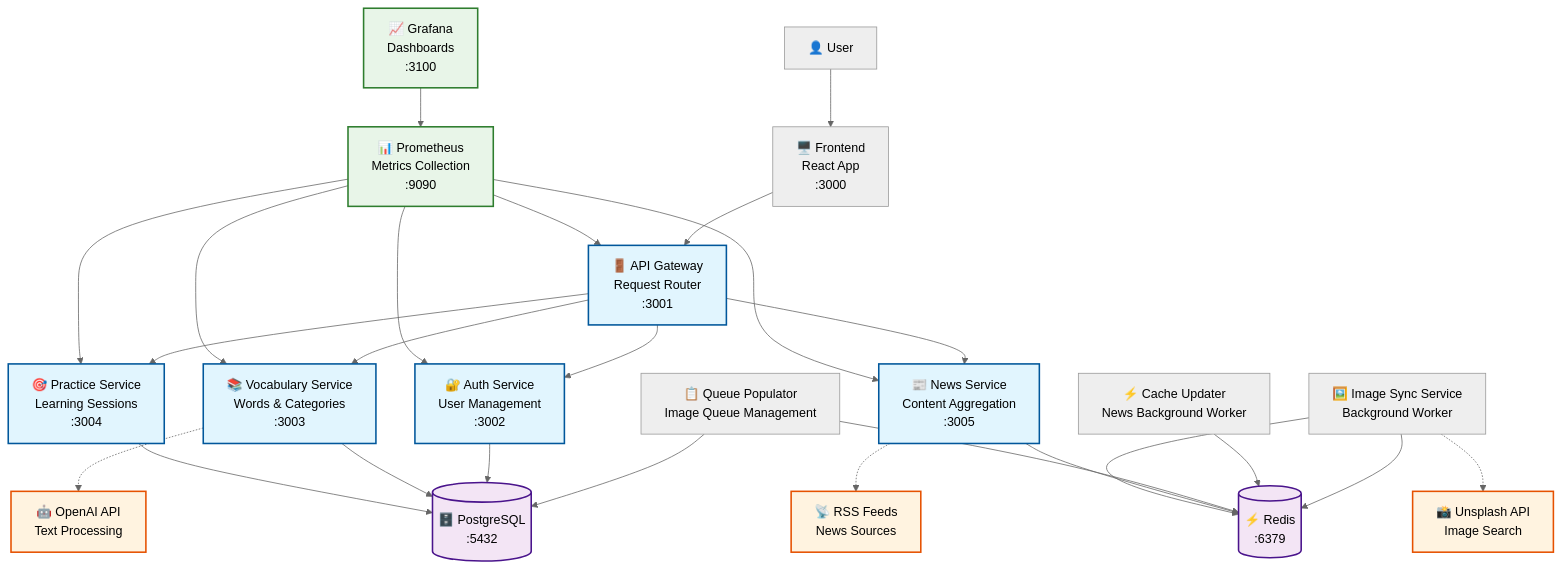
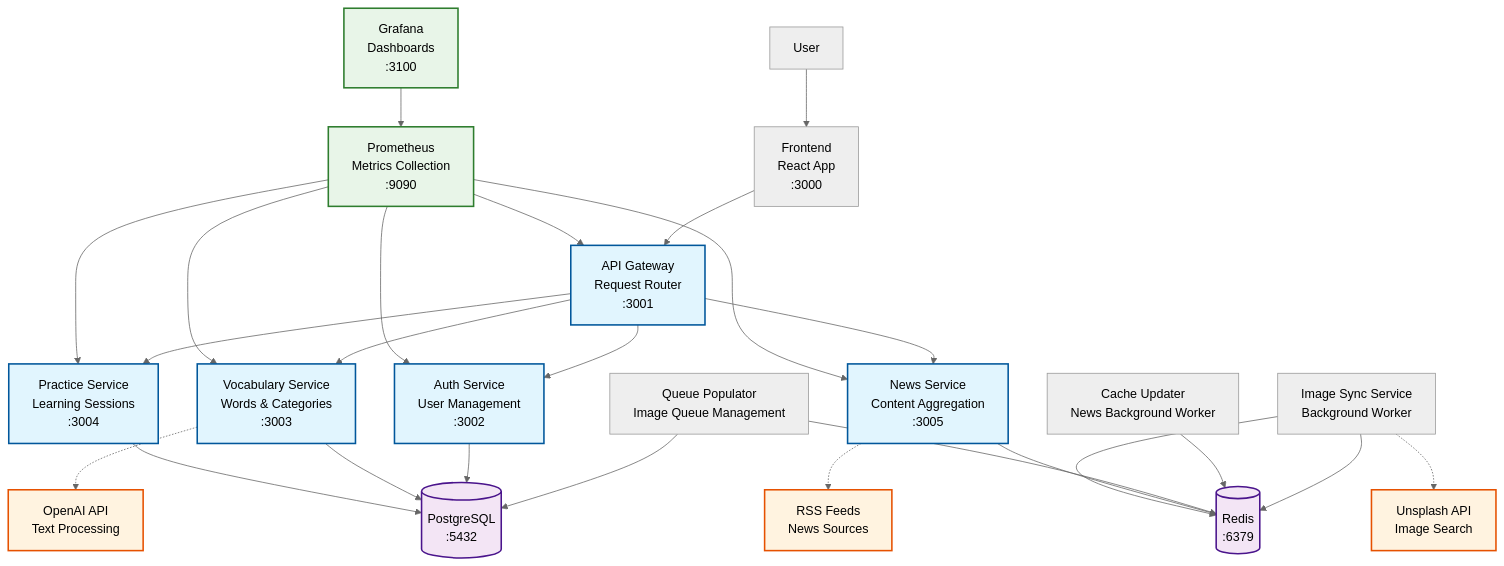
Before and after one commit to ansromanov/recnik: the first of 4 diagrams in docs/architecture.md, drawn with Mermaid (neutral theme). The commit also changed 1 other file, not shown here.

````diff
--- a/docs/architecture.md
+++ b/docs/architecture.md
@@ -18,52 +18,52 @@
 ```mermaid
 graph TB
     %% User Interface
-    User[👤 User] --> Frontend[🖥️ Frontend<br/>React App<br/>:3000]
+    User[User] --> Frontend[Frontend<br/>React App<br/>:3000]
 
     %% API Gateway
-    Frontend --> Gateway[🚪 API Gateway<br/>Request Router<br/>:3001]
+    Frontend --> Gateway[API Gateway<br/>Request Router<br/>:3001]
 
     %% Core Microservices
-    Gateway --> Auth[🔐 Auth Service<br/>User Management<br/>:3002]
-    Gateway --> Vocab[📚 Vocabulary Service<br/>Words & Categories<br/>:3003]
-    Gateway --> Practice[🎯 Practice Service<br/>Learning Sessions<br/>:3004]
-    Gateway --> News[📰 News Service<br/>Content Aggregation<br/>:3005]
+    Gateway --> Auth[Auth Service<br/>User Management<br/>:3002]
+    Gateway --> Vocab[Vocabulary Service<br/>Words & Categories<br/>:3003]
+    Gateway --> Practice[Practice Service<br/>Learning Sessions<br/>:3004]
+    Gateway --> News[News Service<br/>Content Aggregation<br/>:3005]
 
     %% Background Services
-    ImageSync[🖼️ Image Sync Service<br/>Background Worker] --> Redis
-    CacheUpdater[⚡ Cache Updater<br/>News Background Worker] --> Redis
-    QueuePopulator[📋 Queue Populator<br/>Image Queue Management] --> Redis
+    ImageSync[Image Sync Service<br/>Background Worker] --> Redis
+    CacheUpdater[Cache Updater<br/>News Background Worker] --> Redis
+    QueuePopulator[Queue Populator<br/>Image Queue Management] --> Redis
     QueuePopulator --> Postgres
 
     %% Infrastructure
-    Auth --> Postgres[(🗄️ PostgreSQL<br/>:5432)]
+    Auth --> Postgres[(PostgreSQL<br/>:5432)]
     Vocab --> Postgres
     Practice --> Postgres
-    News --> Redis[(⚡ Redis<br/>:6379)]
+    News --> Redis[(Redis<br/>:6379)]
     ImageSync --> Redis
 
     %% Monitoring
-    Prometheus[📊 Prometheus<br/>Metrics Collection<br/>:9090] --> Gateway
+    Prometheus[Prometheus<br/>Metrics Collection<br/>:9090] --> Gateway
     Prometheus --> Auth
     Prometheus --> Vocab
     Prometheus --> Practice
     Prometheus --> News
 
-    Grafana[📈 Grafana<br/>Dashboards<br/>:3100] --> Prometheus
+    Grafana[Grafana<br/>Dashboards<br/>:3100] --> Prometheus
 
     %% External Services
-    Vocab -.-> OpenAI[🤖 OpenAI API<br/>Text Processing]
-    ImageSync -.-> Unsplash[📸 Unsplash API<br/>Image Search]
-    News -.-> RSS[📡 RSS Feeds<br/>News Sources]
+    Vocab -.-> OpenAI[OpenAI API<br/>Text Processing]
+    ImageSync -.-> Unsplash[Unsplash API<br/>Image Search]
+    News -.-> RSS[RSS Feeds<br/>News Sources]
 
     %% Styling
     classDef service fill:#e1f5fe,stroke:#01579b,stroke-width:2px
     classDef infrastructure fill:#f3e5f5,stroke:#4a148c,stroke-width:2px
     classDef external fill:#fff3e0,stroke:#e65100,stroke-width:2px
     classDef monitoring fill:#e8f5e8,stroke:#2e7d2e,stroke-width:2px
 
     class Auth,Vocab,Practice,News,Gateway service
     class Postgres,Redis infrastructure
     class OpenAI,Unsplash,RSS external
     class Prometheus,Grafana monitoring
 ```
````
